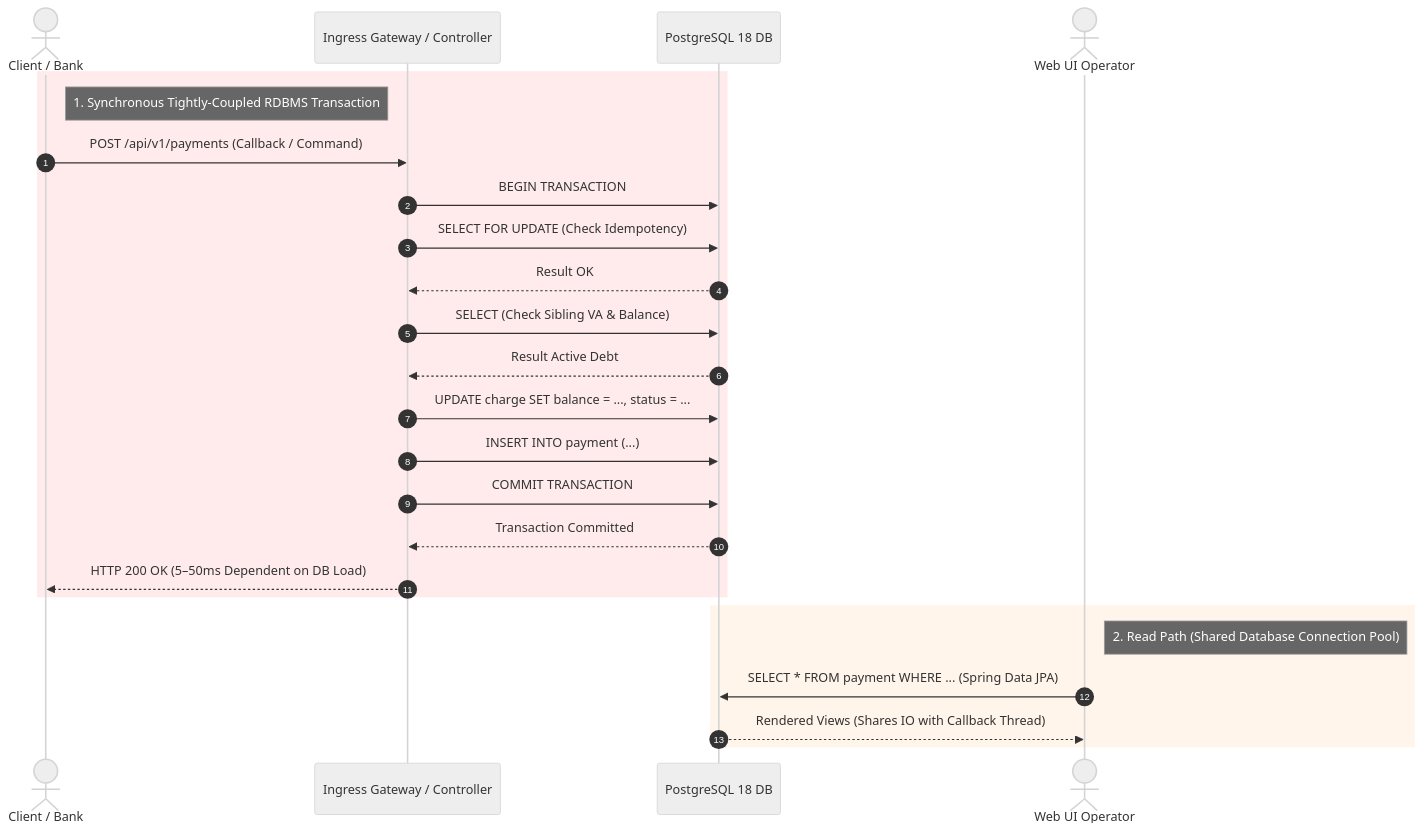
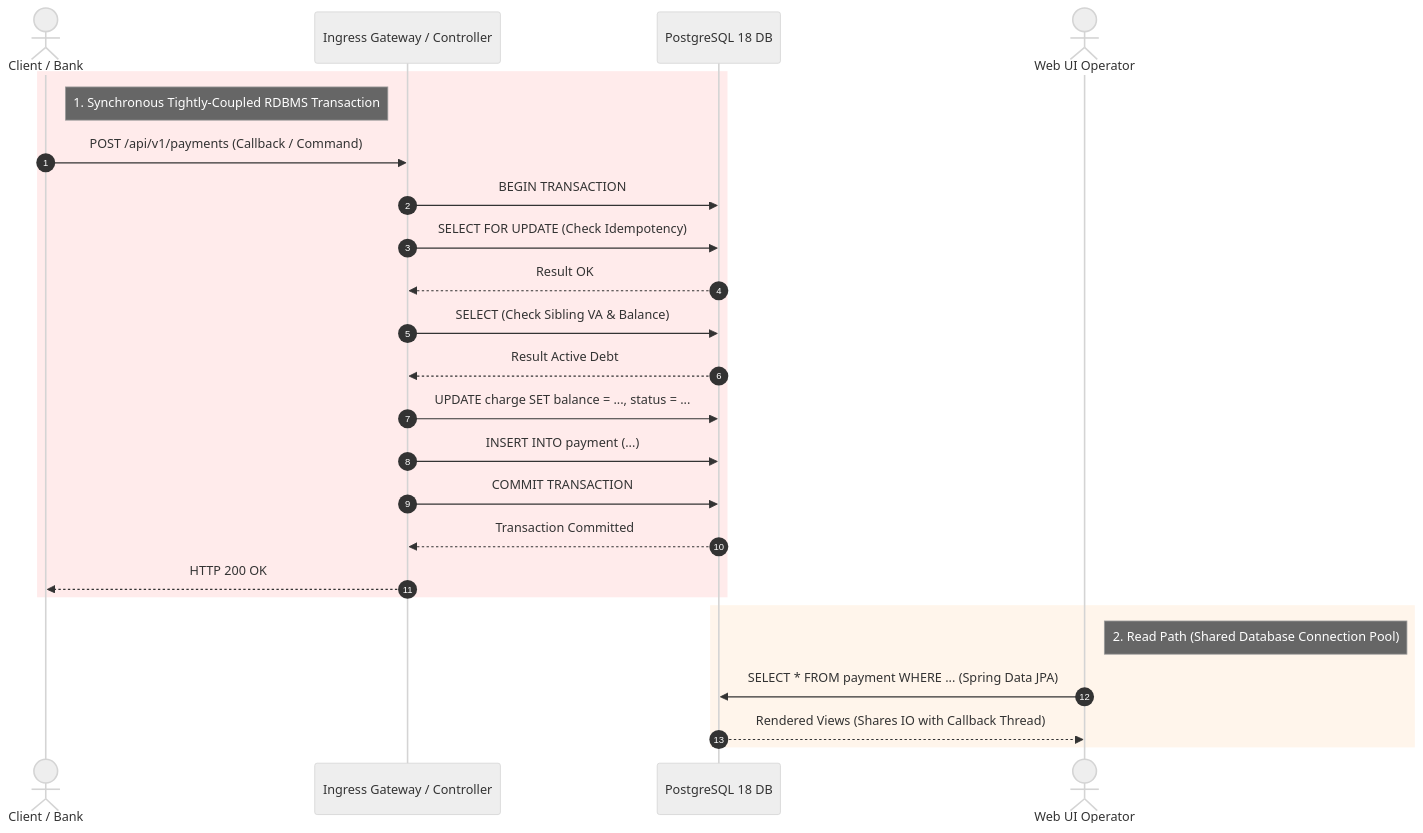
Before and after one commit to artivisi/payment-gateway-evtsrc: the third of 8 diagrams in README.md, drawn with Mermaid (neutral theme). The commit also changed other lines of this file and 5 other files, not shown here.

````diff
--- a/README.md
+++ b/README.md
@@ -175,31 +173,31 @@
 ```mermaid
 sequenceDiagram
     autonumber
     actor Client as Client / Bank
     participant API as Ingress Gateway / Controller
     participant PG as PostgreSQL 18 DB
     actor Operator as Web UI Operator
 
     %% Synchronous Blocking RDBMS Transaction Path
     rect rgb(255, 235, 235)
     note right of Client: 1. Synchronous Tightly-Coupled RDBMS Transaction
     Client->>API: POST /api/v1/payments (Callback / Command)
     API->>PG: BEGIN TRANSACTION
     API->>PG: SELECT FOR UPDATE (Check Idempotency)
     PG-->>API: Result OK
     API->>PG: SELECT (Check Sibling VA & Balance)
     PG-->>API: Result Active Debt
     API->>PG: UPDATE charge SET balance = ..., status = ...
     API->>PG: INSERT INTO payment (...)
     API->>PG: COMMIT TRANSACTION
     PG-->>API: Transaction Committed
-    API-->>Client: HTTP 200 OK (5–50ms Dependent on DB Load)
+    API-->>Client: HTTP 200 OK
     end
 
     %% Read Path (Shares DB IO and Connection Pool)
     rect rgb(255, 245, 235)
     note right of Operator: 2. Read Path (Shared Database Connection Pool)
     Operator->>PG: SELECT * FROM payment WHERE ... (Spring Data JPA)
     PG-->>Operator: Rendered Views (Shares IO with Callback Thread)
     end
 ```
````
